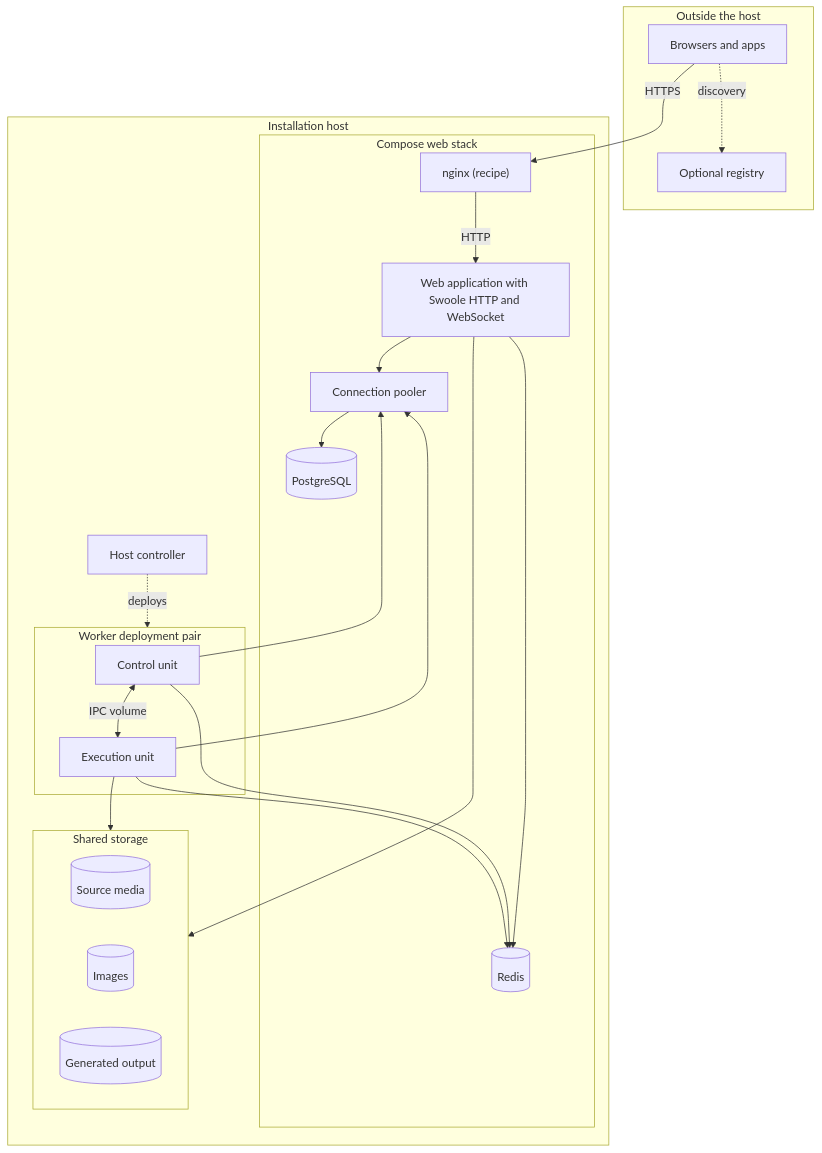
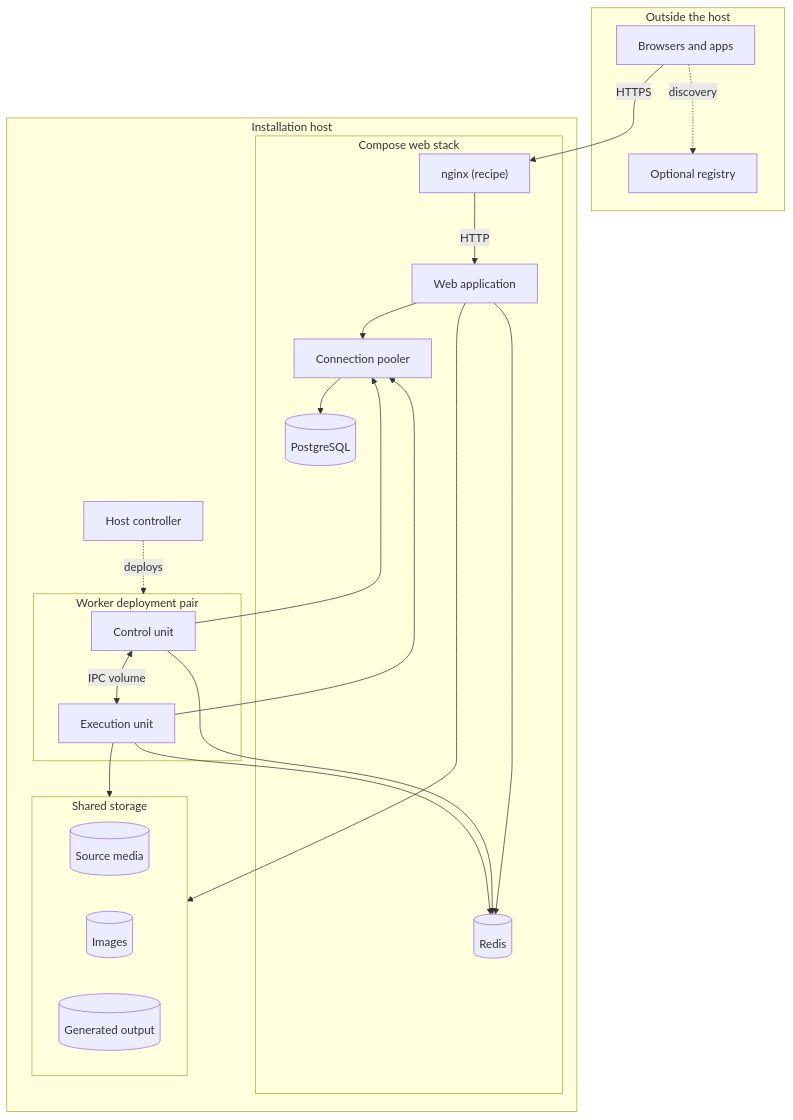
One commit to baander-app/baander changed the diagram in docs-book/part-1-operator-guide/getting-started/deployment-topology.md. Above: the diagram before and after it, drawn with Mermaid. The commit also changed 5 other files, not shown here.

Commit message:
docs: shorten Mermaid node and edge labels for readability

````diff
--- a/docs-book/part-1-operator-guide/getting-started/deployment-topology.md
+++ b/docs-book/part-1-operator-guide/getting-started/deployment-topology.md
@@ -9,43 +9,43 @@
 ```mermaid
 flowchart TB
     accTitle: Deployment topology of a Baander installation
     accDescr: Browsers and apps reach nginx, which forwards to the web application with its Swoole HTTP and WebSocket server. The web application and the worker deployment pair reach PostgreSQL through the connection pooler and use Redis directly. The host controller, outside Compose, deploys the control and execution units, which a private IPC volume joins. The web application and the execution unit share the source media, images and generated output. The optional registry runs outside the installation host and is reached by clients only.
     subgraph outside[Outside the host]
         clients[Browsers and apps]
         registry[Optional registry]
     end
     subgraph host[Installation host]
         subgraph web[Compose web stack]
             nginx["nginx (recipe)"]
-            app["Web application with Swoole HTTP and WebSocket"]
+            app[Web application]
             pooler[Connection pooler]
             postgres[(PostgreSQL)]
             redis[(Redis)]
         end
         controller[Host controller]
         subgraph pair[Worker deployment pair]
             control[Control unit]
             execution[Execution unit]
         end
         subgraph storage[Shared storage]
             source[(Source media)]
             images[(Images)]
             output[(Generated output)]
         end
     end
     clients -.->|discovery| registry
     clients -->|HTTPS| nginx
     nginx -->|HTTP| app
     app --> pooler
     pooler --> postgres
     app --> redis
     postgres ~~~ controller
     controller -.->|deploys| pair
     control <-->|IPC volume| execution
     control --> pooler
     execution --> pooler
     control --> redis
     execution --> redis
     app --> storage
     execution --> storage
 ```
````
